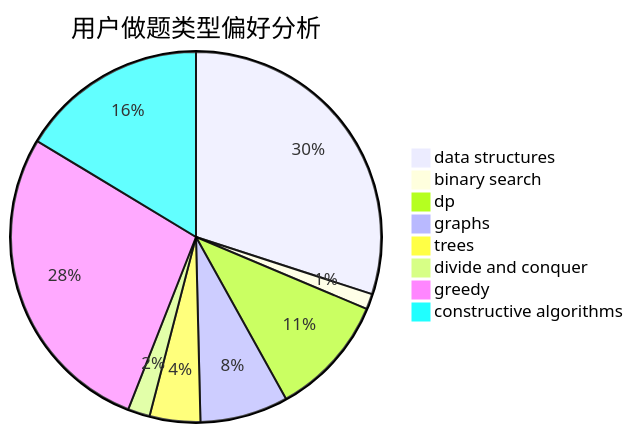
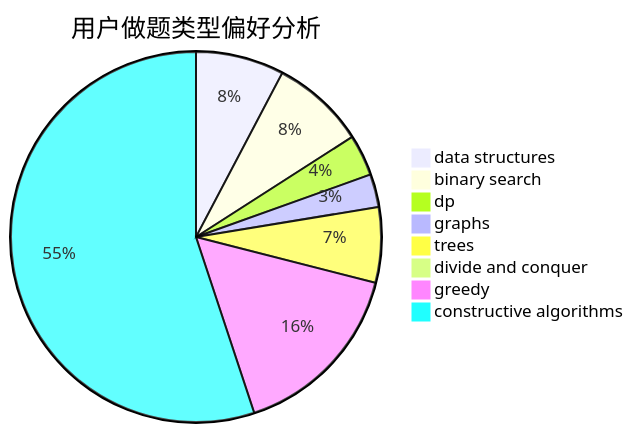
The second of 3 diagrams in docs/user/u1395.md (sherpahu/cfrs.github.io), drawn with Mermaid before and after one commit. The commit also changed other lines of this file and 2770 other files, not shown here.

````diff
--- a/docs/user/u1395.md
+++ b/docs/user/u1395.md
@@ -23,11 +23,11 @@
 ```mermaid
 pie title 用户做题类型偏好分析
-    "data structures" :  156
-    "binary search" :  7
-    "dp" :  55
-    "graphs" :  40
-    "trees" :  23
-    "divide and conquer" :  10
-    "greedy" :  144
-    "constructive algorithms" :  85
+    "data structures" :  75
+    "binary search" :  80
+    "dp" :  35
+    "graphs" :  28
+    "trees" :  64
+    "divide and conquer" :  1
+    "greedy" :  155
+    "constructive algorithms" :  536
 ```
````
